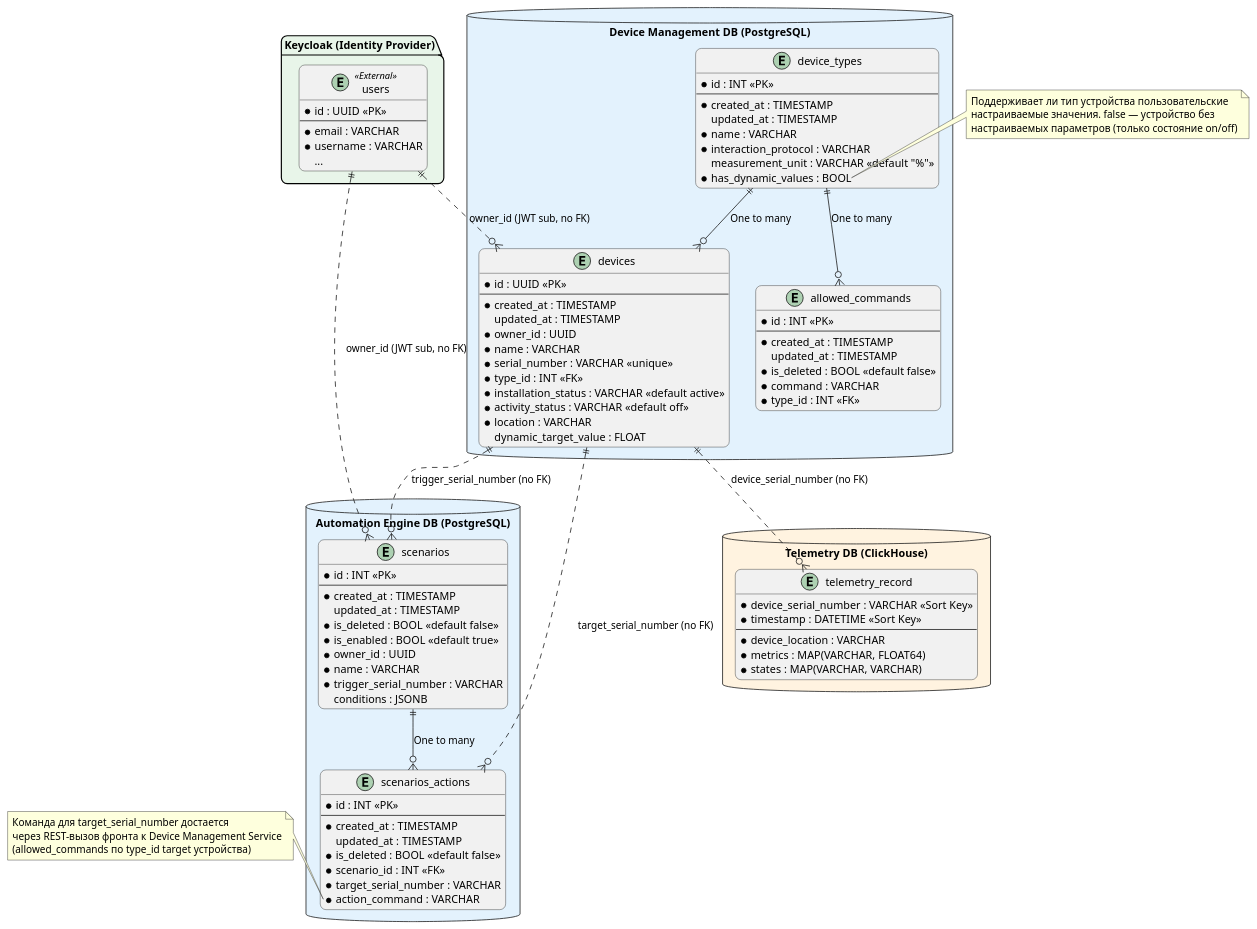
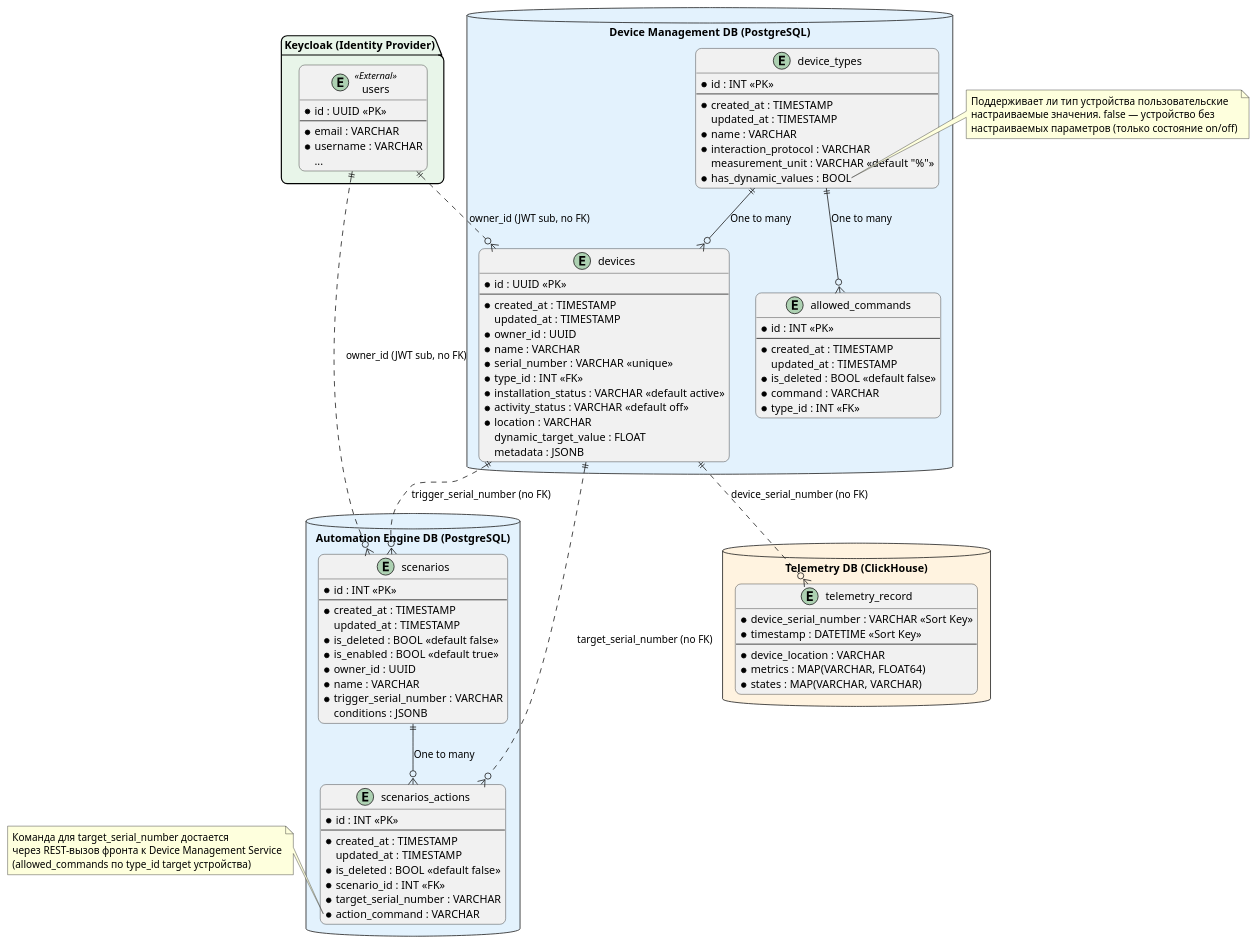
One commit to Nikilandgelo/architecture-pro-warmhouse changed the diagram in schemas/task_3/ER.puml. Above: the diagram before and after it, drawn with PlantUML. The commit also changed 2 other files, not shown here.

```diff
--- a/schemas/task_3/ER.puml
+++ b/schemas/task_3/ER.puml
@@ -1,121 +1,122 @@
 @startuml
 skinparam roundcorner 15
 
 package "Keycloak (Identity Provider)" #E8F5E9 {
     entity "users" as users <<External>> {
         * id : UUID <<PK>>
         --
         * email : VARCHAR
         * username : VARCHAR
         ...
     }
 }
 
 
 database "Device Management DB (PostgreSQL)" #E3F2FD {
 
     entity "allowed_commands" as allowed_commands {
       * id : INT <<PK>>
       --
       * created_at : TIMESTAMP
       updated_at : TIMESTAMP
       * is_deleted : BOOL <<default false>>
       * command : VARCHAR
       * type_id : INT <<FK>>
     }
 
     entity "device_types" as device_types {
       * id : INT <<PK>>
       --
       * created_at : TIMESTAMP
       updated_at : TIMESTAMP
       * name : VARCHAR
       * interaction_protocol : VARCHAR
       measurement_unit : VARCHAR <<default "%">>
       * has_dynamic_values : BOOL
     }
 
     entity "devices" as devices {
       * id : UUID <<PK>>
       --
       * created_at : TIMESTAMP
       updated_at : TIMESTAMP
       * owner_id : UUID
       * name : VARCHAR
       * serial_number : VARCHAR <<unique>>
       * type_id : INT <<FK>>
       * installation_status : VARCHAR <<default active>>
       * activity_status : VARCHAR <<default off>>
       * location : VARCHAR
       dynamic_target_value : FLOAT
+      metadata : JSONB
     }
 }
 
 
 database "Automation Engine DB (PostgreSQL)" #E3F2FD {
 
     entity "scenarios" as scenarios {
           * id : INT <<PK>>
           --
           * created_at : TIMESTAMP
           updated_at : TIMESTAMP
           * is_deleted : BOOL <<default false>>
           * is_enabled : BOOL <<default true>>
           * owner_id : UUID
           * name : VARCHAR
           * trigger_serial_number : VARCHAR
           conditions : JSONB
         }
 
     entity "scenarios_actions" as scenarios_actions {
         * id : INT <<PK>>
         --
         * created_at : TIMESTAMP
         updated_at : TIMESTAMP
         * is_deleted : BOOL <<default false>>
         * scenario_id : INT <<FK>>
         * target_serial_number : VARCHAR
         * action_command : VARCHAR
     }
 }
 
 
 database "Telemetry DB (ClickHouse)" #FFF3E0 {
 
     entity "telemetry_record" as telemetry_record {
         * device_serial_number : VARCHAR <<Sort Key>>
         * timestamp : DATETIME <<Sort Key>>
         --
         * device_location : VARCHAR
         * metrics : MAP(VARCHAR, FLOAT64)
         * states : MAP(VARCHAR, VARCHAR)
     }
 }
 
 
 device_types ||--o{ devices : "One to many"
 device_types ||--o{ allowed_commands : "One to many"
 scenarios ||--o{ scenarios_actions : "One to many"
 
 users ||..o{ devices : "owner_id (JWT sub, no FK)"
 users ||..o{ scenarios : "owner_id (JWT sub, no FK)"
 
 devices ||..o{ telemetry_record : "device_serial_number (no FK)"
 devices ||..o{ scenarios_actions : "target_serial_number (no FK)"
 devices ||..o{ scenarios : "trigger_serial_number (no FK)"
 
 
 note left of scenarios_actions::action_command
     Команда для target_serial_number достается
     через REST-вызов фронта к Device Management Service
     (allowed_commands по type_id target устройства)
 end note
 
 
 note right of device_types::has_dynamic_values
   Поддерживает ли тип устройства пользовательские
   настраиваемые значения. false — устройство без
   настраиваемых параметров (только состояние on/off)
 end note
 
 @enduml
```
